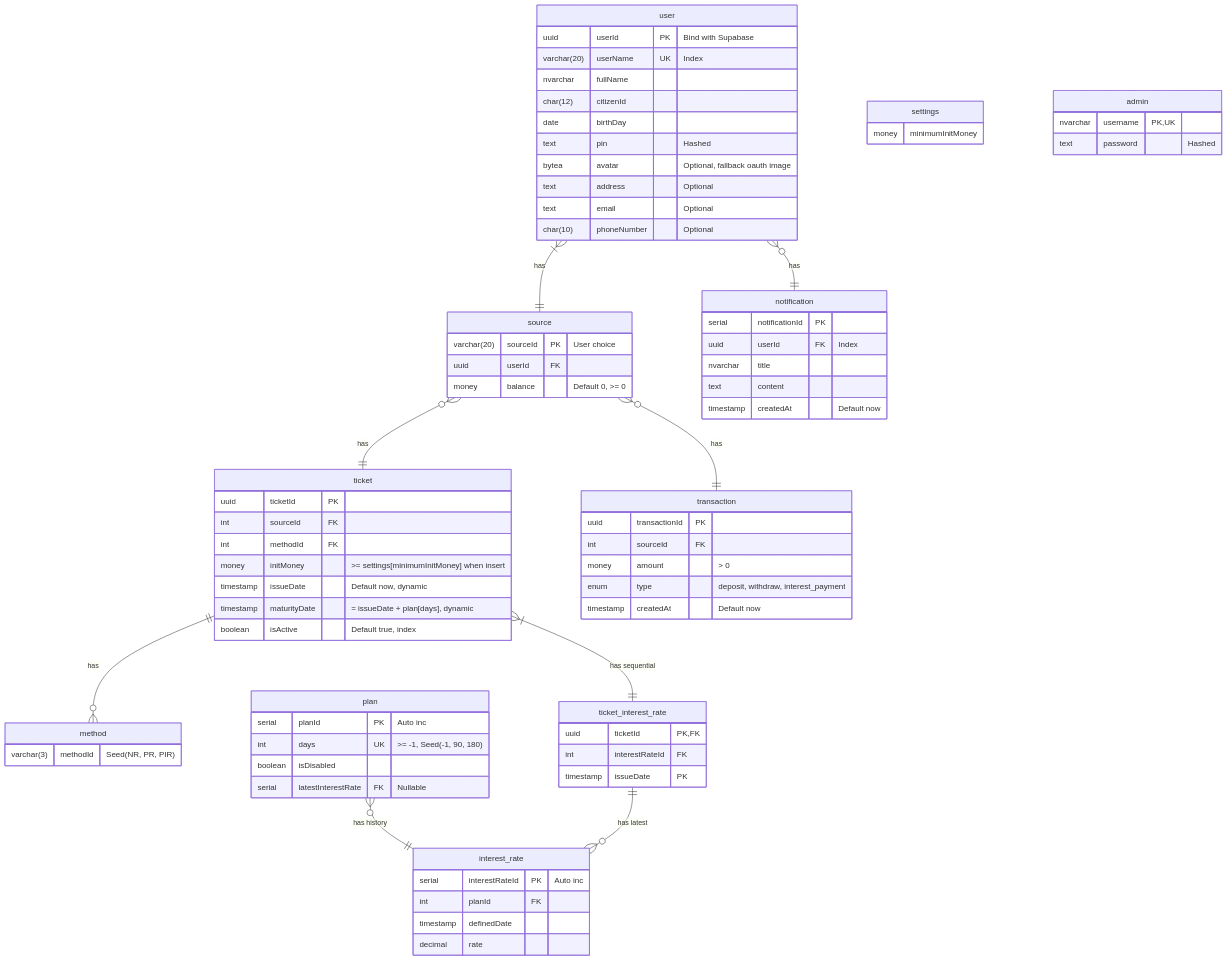
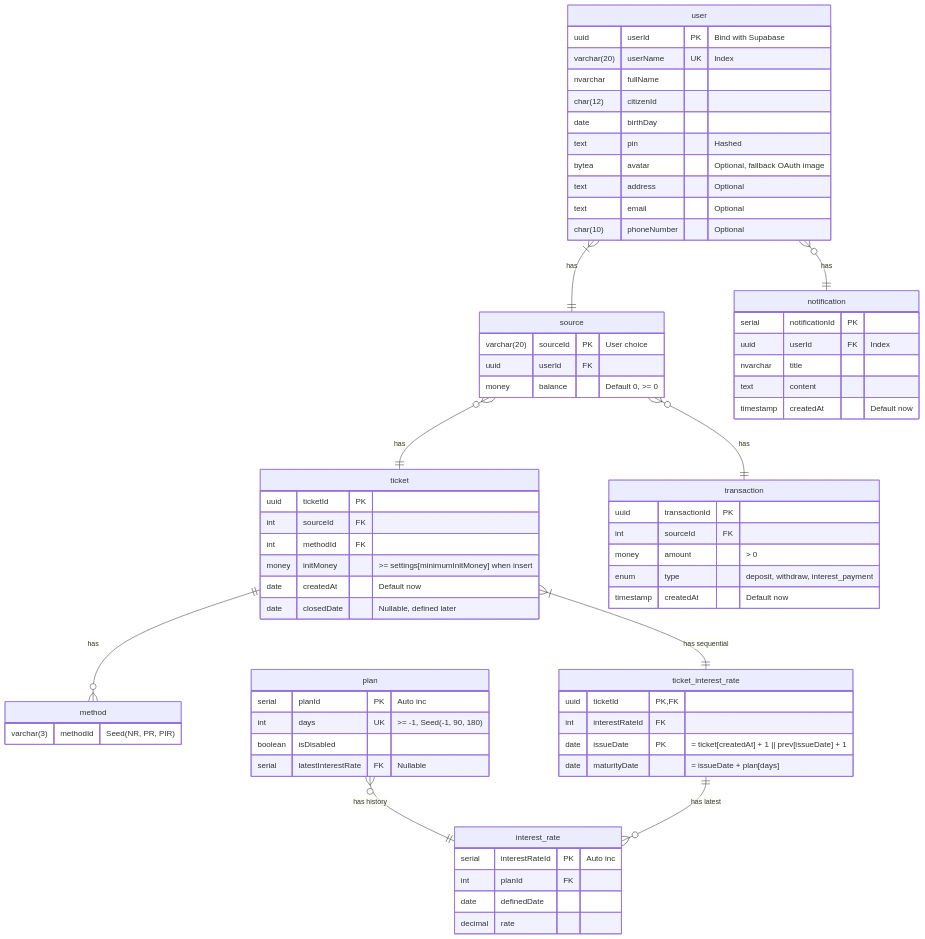
Before and after one commit to coinhub-uit/.github: the first of 3 diagrams in profile/README.md, drawn with Mermaid. The commit also changed other lines of this file, not shown here.

````diff
--- a/profile/README.md
+++ b/profile/README.md
@@ -19,94 +21,85 @@
-```mermaid
-erDiagram
-  user {
-    uuid userId PK "Bind with Supabase"
-    varchar(20) userName UK "Index"
-    nvarchar fullName
-    char(12) citizenId
-    date birthDay
-    text pin "Hashed"
-    bytea avatar "Optional, fallback oauth image"
-    text address "Optional"
-    text email "Optional"
-    char(10) phoneNumber "Optional"
-  }
+  ```mermaid
+  erDiagram
+    user {
+      uuid userId PK "Bind with Supabase"
+      varchar(20) userName UK "Index"
+      nvarchar fullName
+      char(12) citizenId
+      date birthDay
+      text pin "Hashed"
+      bytea avatar "Optional, fallback OAuth image"
+      text address "Optional"
+      text email "Optional"
+      char(10) phoneNumber "Optional"
+    }
 
-  source {
-    varchar(20) sourceId PK "User choice"
-    uuid userId FK
-    money balance "Default 0, >= 0"
-  }
+    source {
+      varchar(20) sourceId PK "User choice"
+      uuid userId FK
+      money balance "Default 0, >= 0"
+    }
 
-  settings {
-    money minimumInitMoney
-  }
+    method {
+      %% Non-renewal, principal rollover, principal & interest rollover
+      varchar(3) methodId "Seed(NR, PR, PIR)"
+    }
 
-  method {
-    %% Non-renewal, principal rollover, principal & interest rollover
-    varchar(3) methodId "Seed(NR, PR, PIR)"
-  }
+    interest_rate {
+      serial interestRateId PK "Auto inc"
+      int planId FK
+      date definedDate
+      decimal rate
+    }
 
-  interest_rate {
-    serial interestRateId PK "Auto inc"
-    int planId FK
-    timestamp definedDate
-    decimal rate
-  }
+    ticket {
+      uuid ticketId PK
+      int sourceId FK
+      int methodId FK
+      %% So what if I changed and there're other ... already, will be failed
+      money initMoney ">= settings[minimumInitMoney] when insert"
+      %% Calculate before return to client (not in DB)?
+      date createdAt "Default now"
+      date closedDate "Nullable, defined later"
+    }
 
-  ticket {
-    uuid ticketId PK
-    int sourceId FK
-    int methodId FK
-    %% So what if I changed and there're other ... already, will be failed
-    money initMoney ">= settings[minimumInitMoney] when insert"
-    %% Calculate before return to client (not in DB)?
-    timestamp issueDate "Default now, dynamic"
-    timestamp maturityDate "= issueDate + plan[days], dynamic"
-    boolean isActive "Default true, index"
-  }
+    %% Use latest plan
+    %% The name is ambiguous
+    ticket_interest_rate {
+      uuid ticketId PK,FK
+      int interestRateId FK
+      date issueDate PK "= ticket[createdAt] + 1 || prev[issueDate] + 1"
+      date maturityDate "= issueDate + plan[days]"
+    }
 
-  %% Use latest plan
-  %% The name is ambiguous
-  ticket_interest_rate {
-    uuid ticketId PK,FK
-    int interestRateId FK
-    timestamp issueDate PK
-  }
+    plan {
+      serial planId PK "Auto inc"
+      int days UK ">= -1, Seed(-1, 90, 180)"
+      boolean isDisabled
+      serial latestInterestRate FK "Nullable"
+    }
 
-  plan {
-    serial planId PK "Auto inc"
-    int days UK ">= -1, Seed(-1, 90, 180)"
-    boolean isDisabled
-    serial latestInterestRate FK "Nullable"
-  }
+    transaction {
+      uuid transactionId PK
+      int sourceId FK
+      money amount "> 0"
+      enum type "deposit, withdraw, interest_payment"
+      timestamp createdAt "Default now"
+    }
 
-  transaction {
-    uuid transactionId PK
-    int sourceId FK
-    money amount "> 0"
-    enum type "deposit, withdraw, interest_payment"
-    timestamp createdAt "Default now"
-  }
+    notification {
+      serial notificationId PK
+      uuid userId FK "Index"
+      nvarchar title
+      text content
+      timestamp createdAt "Default now"
+    }
 
-  notification {
-    serial notificationId PK
-    uuid userId FK "Index"
-    nvarchar title
-    text content
-    timestamp createdAt "Default now"
-  }
-
-  admin {
-    nvarchar username PK,UK
-    text password "Hashed"
-  }
-
-  source }o--|| transaction : "has"
-  user }o--|| notification : "has"
-  user }|--|| source : "has"
-  source }o--|| ticket : "has"
-  ticket ||--o{ method : "has"
-  ticket }|--|| ticket_interest_rate : "has sequential"
-  plan }o--|| interest_rate : "has history"
-  ticket_interest_rate ||--}o interest_rate : "has latest"
-```
+    source }o--|| transaction : "has"
+    user }o--|| notification : "has"
+    user }|--|| source : "has"
+    source }o--|| ticket : "has"
+    ticket ||--o{ method : "has"
+    ticket }|--|| ticket_interest_rate : "has sequential"
+    plan }o--|| interest_rate : "has history"
+    ticket_interest_rate ||--}o interest_rate : "has latest"
+  ```
````
